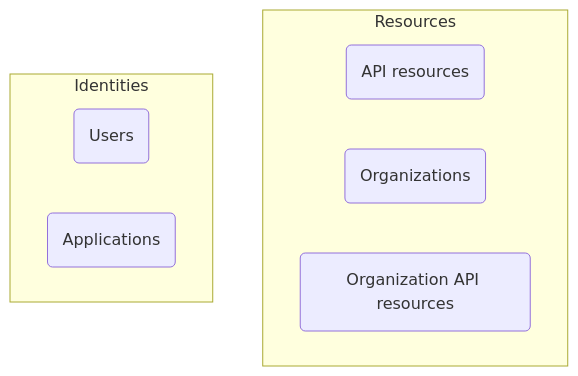
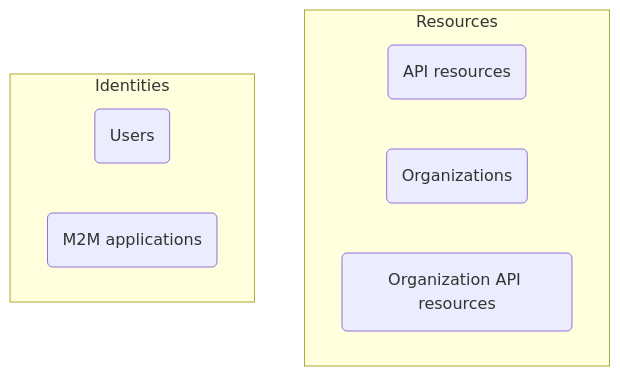
One commit to logto-io/docs changed the diagram in docs/docs/concepts/authn-vs-authz.mdx. Above: the diagram before and after it, drawn with Mermaid. The commit also changed other lines of this file, not shown here.

````diff
--- a/docs/docs/concepts/authn-vs-authz.mdx
+++ b/docs/docs/concepts/authn-vs-authz.mdx
@@ -43,13 +43,13 @@
 ```mermaid
 graph TD
   subgraph Resources
     R(API resources)
     O(Organizations)
     OR(Organization API resources)
   end
 
   subgraph Identities
     U(Users)
-    A(Applications)
+    A(M2M applications)
   end
 ```
````
